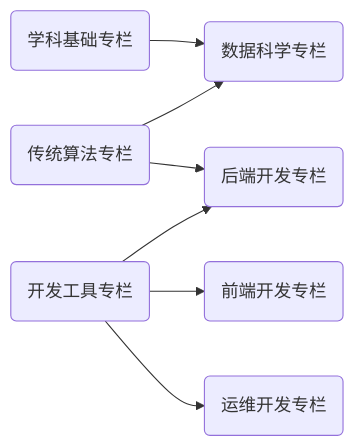
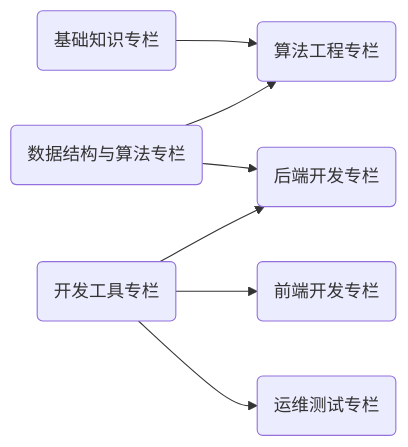
The diagram in docs/index.md (Explorer-Dong/wiki), drawn with Mermaid before and after one commit. The commit also changed other lines of this file and 20 other files, not shown here.

````diff
--- a/docs/index.md
+++ b/docs/index.md
@@ -38,25 +11,25 @@
 ```mermaid
 graph LR
     %% 实体定义
-    aics_base(学科基础专栏)
-    data_science(数据科学专栏)
-    ds_and_algo(传统算法专栏)
+    aics_base(基础知识专栏)
+    ds_and_algo(数据结构与算法专栏)
+    algo_engineering(算法工程专栏)
     dev_tools(开发工具专栏)
     front_end(前端开发专栏)
     back_end(后端开发专栏)
-    dev_ops(运维开发专栏)
+    dev_ops(运维测试专栏)
 
     %% 关系定义
-    aics_base --> data_science
-    ds_and_algo --> data_science & back_end
+    aics_base --> algo_engineering
+    ds_and_algo --> algo_engineering & back_end
     dev_tools --> front_end & back_end & dev_ops
   
     %% 跳转链接
     click aics_base "./base/"
-    click data_science "./data-science/"
     click ds_and_algo "./ds-and-algo/"
+    click algo_engineering "./algo-engineering/"
     click dev_tools "./dev-tools/"
     click front_end "./front-end/"
     click back_end "./back-end/"
     click dev_ops "./operation/"
 ```
````
